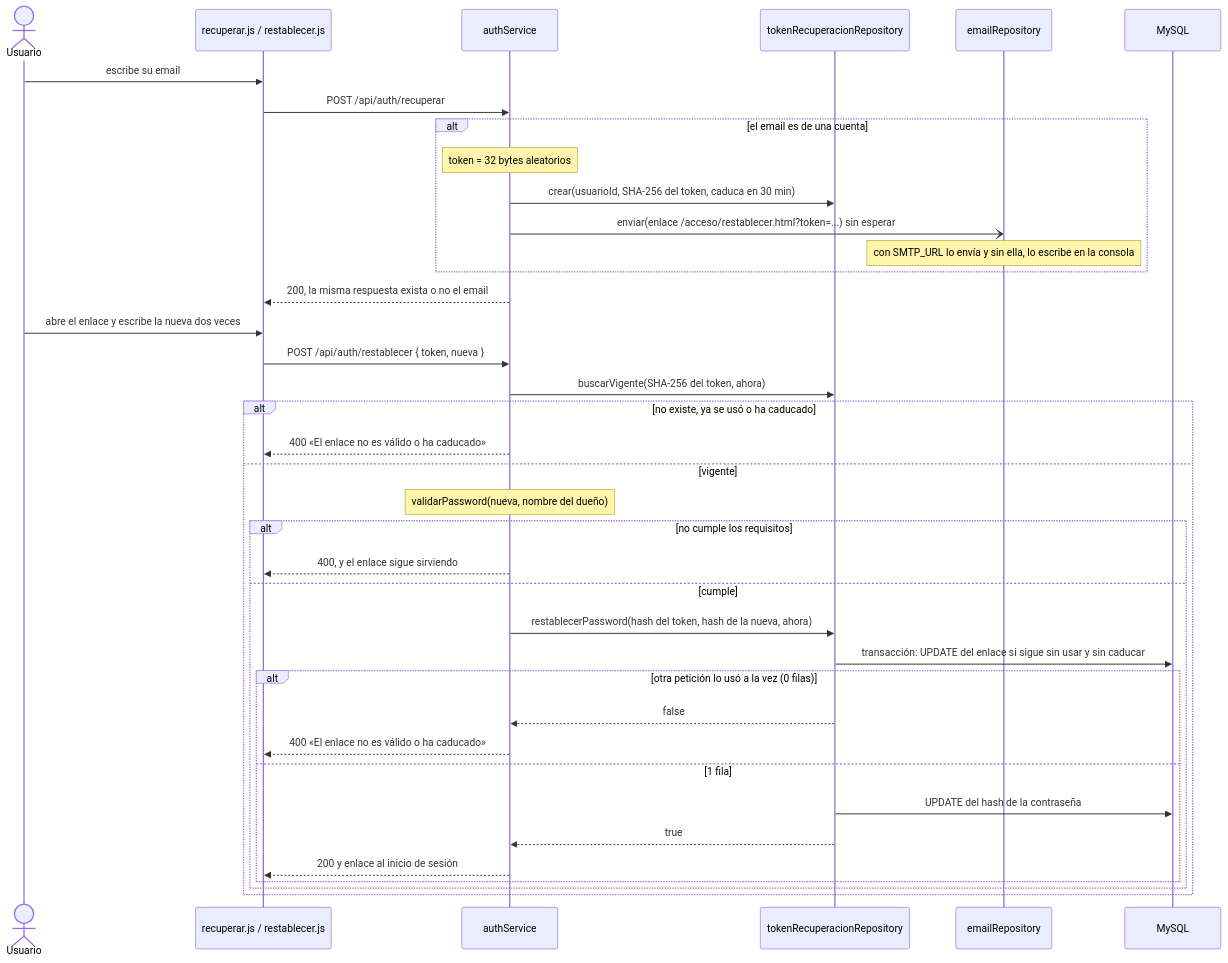
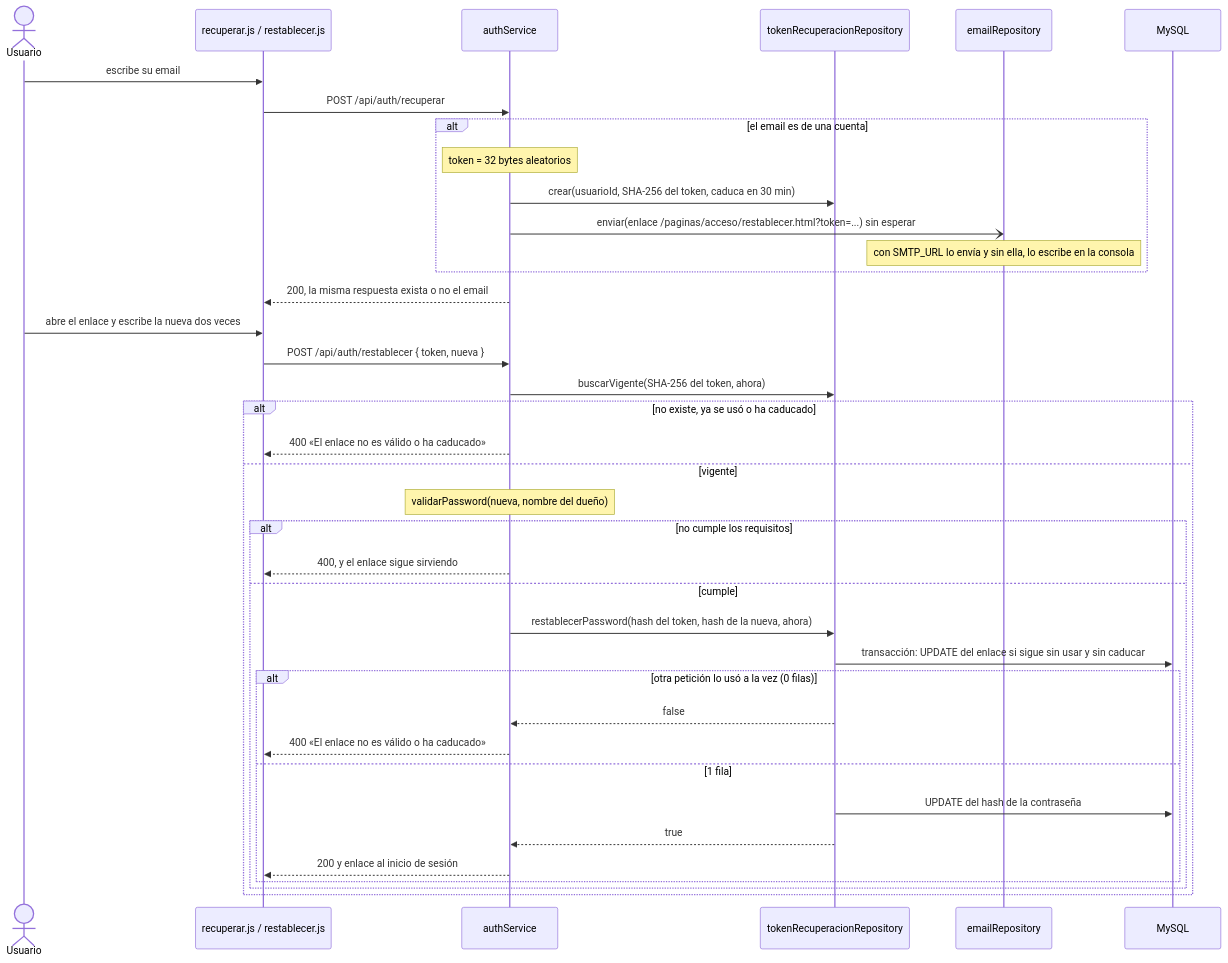
Before and after one commit to Matthew-PV/ISW-Practica: diagram 11 of 16 in documentacion/flujos.md, drawn with Mermaid. The commit also changed other lines of this file and 110 other files, not shown here.

````diff
--- a/documentacion/flujos.md
+++ b/documentacion/flujos.md
@@ -443,40 +443,40 @@
 ```mermaid
 sequenceDiagram
   actor U as Usuario
   participant P as recuperar.js / restablecer.js
   participant S as authService
   participant T as tokenRecuperacionRepository
   participant E as emailRepository
   participant BD as MySQL
   U->>P: escribe su email
   P->>S: POST /api/auth/recuperar
   alt el email es de una cuenta
     Note over S: token = 32 bytes aleatorios
     S->>T: crear(usuarioId, SHA-256 del token, caduca en 30 min)
-    S-)E: enviar(enlace /acceso/restablecer.html?token=...) sin esperar
+    S-)E: enviar(enlace /paginas/acceso/restablecer.html?token=...) sin esperar
     Note over E: con SMTP_URL lo envía y sin ella, lo escribe en la consola
   end
   S-->>P: 200, la misma respuesta exista o no el email
   U->>P: abre el enlace y escribe la nueva dos veces
   P->>S: POST /api/auth/restablecer { token, nueva }
   S->>T: buscarVigente(SHA-256 del token, ahora)
   alt no existe, ya se usó o ha caducado
     S-->>P: 400 «El enlace no es válido o ha caducado»
   else vigente
     Note over S: validarPassword(nueva, nombre del dueño)
     alt no cumple los requisitos
       S-->>P: 400, y el enlace sigue sirviendo
     else cumple
       S->>T: restablecerPassword(hash del token, hash de la nueva, ahora)
       T->>BD: transacción: UPDATE del enlace si sigue sin usar y sin caducar
       alt otra petición lo usó a la vez (0 filas)
         T-->>S: false
         S-->>P: 400 «El enlace no es válido o ha caducado»
       else 1 fila
         T->>BD: UPDATE del hash de la contraseña
         T-->>S: true
         S-->>P: 200 y enlace al inicio de sesión
       end
     end
   end
 ```
````
